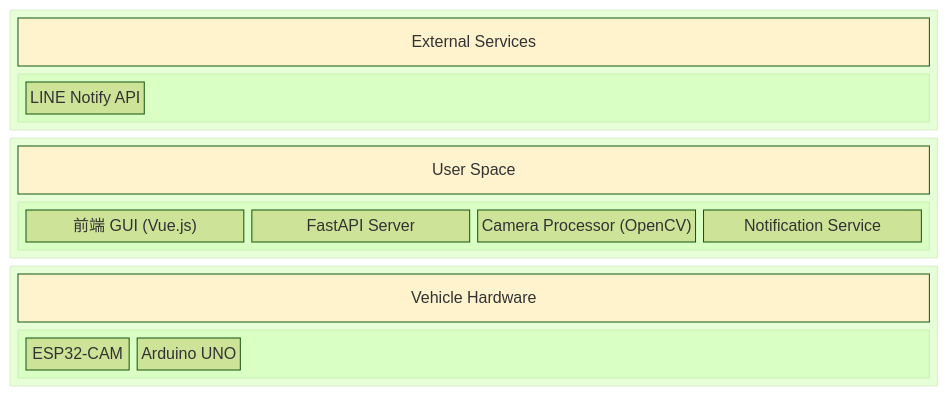
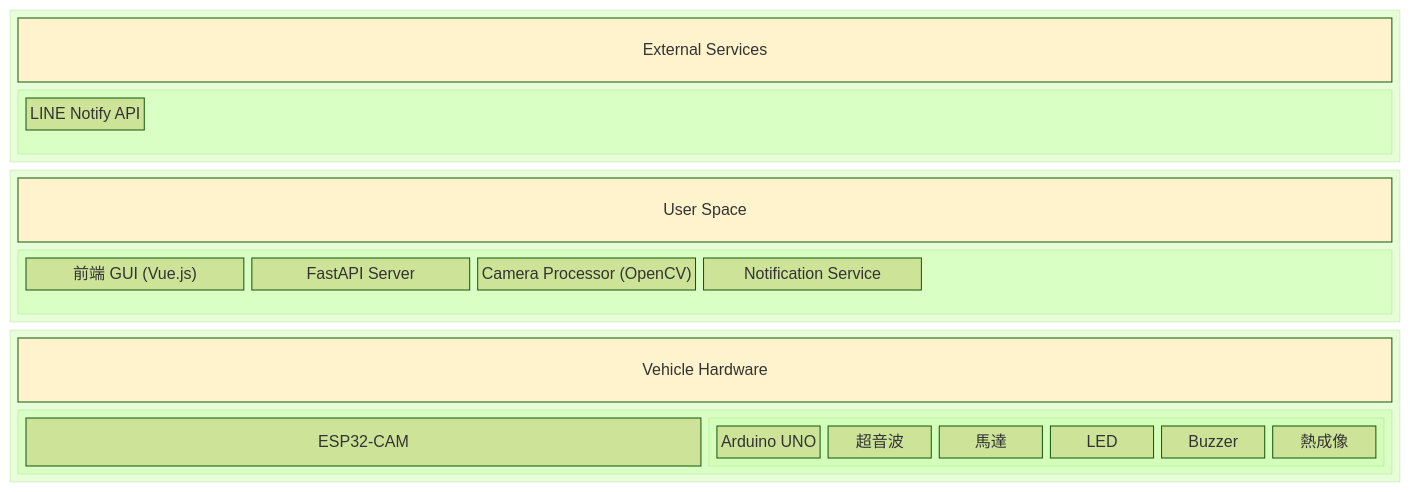
One commit to hamanpaul/mini-auto changed the diagram in README.md. Above: the diagram before and after it, drawn with Mermaid (forest theme).

````diff
--- a/README.md
+++ b/README.md
@@ -11,34 +11,41 @@
 ```mermaid
 block-beta
   columns 1
 
 
   block external["External Services"]
   columns 1
    block line["LINE Notify API"]
     end
   end
 
   block user["User Space"]
     columns 1
     block gui["前端 GUI (Vue.js)"]
         columns 4
         api["FastAPI Server"]
         cam["Camera Processor (OpenCV)"]
         notify["Notification Service"]
     end
   end
 
   block vehicle["Vehicle Hardware"]
     columns 1
     block esp["ESP32-CAM"]
       columns 2
-      uno["Arduino UNO"]
+      block uno["Arduino UNO"]
+        columns 6
+        ultra["超音波"]
+        motor["馬達"]
+        led["LED"]
+        buzzer["Buzzer"]
+        thermal["熱成像"]
+      end
     end
   end
 
 
   style user fill:#fff3cd
   style vehicle fill:#fff3cd
   style external fill:#fff3cd
 ```
````
